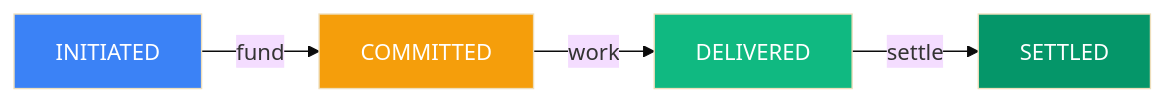
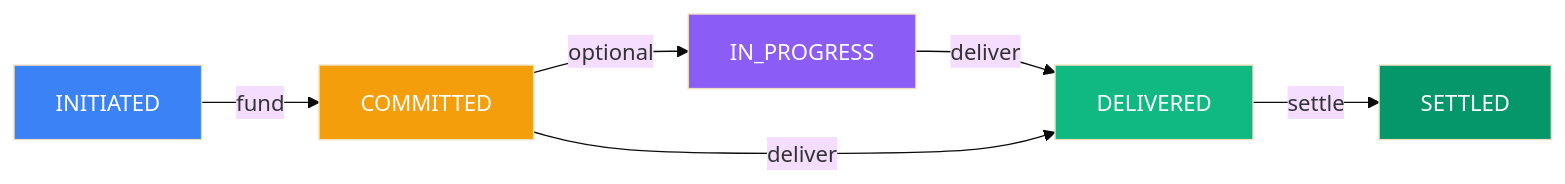
The second of 2 diagrams in docs/quick-start.md (agirails/docs), drawn with Mermaid (base theme) before and after one commit. The commit also changed other lines of this file and 3 other files, not shown here.

````diff
--- a/docs/quick-start.md
+++ b/docs/quick-start.md
@@ -169,11 +210,14 @@
 ```mermaid
 flowchart LR
     A[INITIATED] -->|fund| B[COMMITTED]
-    B -->|work| C[DELIVERED]
-    C -->|settle| D[SETTLED]
+    B -->|optional| C[IN_PROGRESS]
+    C -->|deliver| D[DELIVERED]
+    B -->|deliver| D
+    D -->|settle| E[SETTLED]
 
     style A fill:#3b82f6,color:#fff
     style B fill:#f59e0b,color:#fff
-    style C fill:#10b981,color:#fff
-    style D fill:#059669,color:#fff
+    style C fill:#8b5cf6,color:#fff
+    style D fill:#10b981,color:#fff
+    style E fill:#059669,color:#fff
 ```
````
